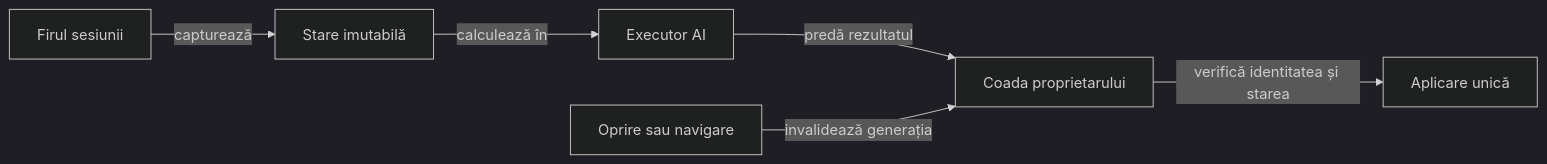
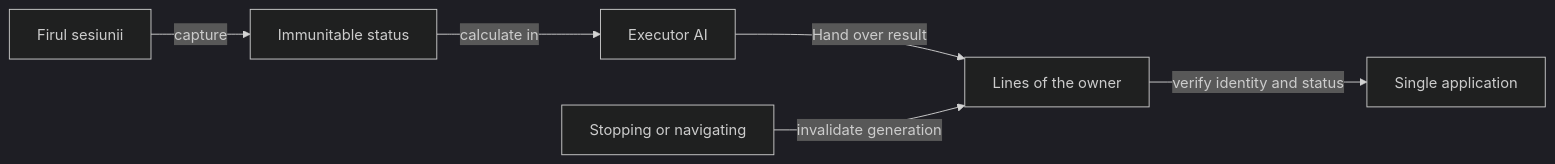
The fourth of 4 diagrams in whist-lab-app/app/src/main/java/ro/whistlab/app/README.md (crististefanita/atf_j4), drawn with Mermaid (dark theme) before and after one commit. The commit also changed other lines of this file and 122 other files, not shown here.

````diff
--- a/whist-lab-app/app/src/main/java/ro/whistlab/app/README.md
+++ b/whist-lab-app/app/src/main/java/ro/whistlab/app/README.md
@@ -230,8 +230,8 @@
 ```mermaid
 flowchart LR
-    OWNER[Firul sesiunii] -->|capturează| SNAP[Stare imutabilă]
-    SNAP -->|calculează în| WORKER[Executor AI]
-    WORKER -->|predă rezultatul| QUEUE[Coada proprietarului]
-    QUEUE -->|verifică identitatea și starea| APPLY[Aplicare unică]
-    STOP[Oprire sau navigare] -->|invalidează generația| QUEUE
+    OWNER[Firul sesiunii] -->|capture| SNAP[Immunitable status]
+    SNAP -->|calculate in| WORKER[Executor AI]
+    WORKER -->|Hand over result| QUEUE[Lines of the owner]
+    QUEUE -->|verify identity and status| APPLY[Single application]
+    STOP[Stopping or navigating] -->|invalidate generation| QUEUE
 ```
````
